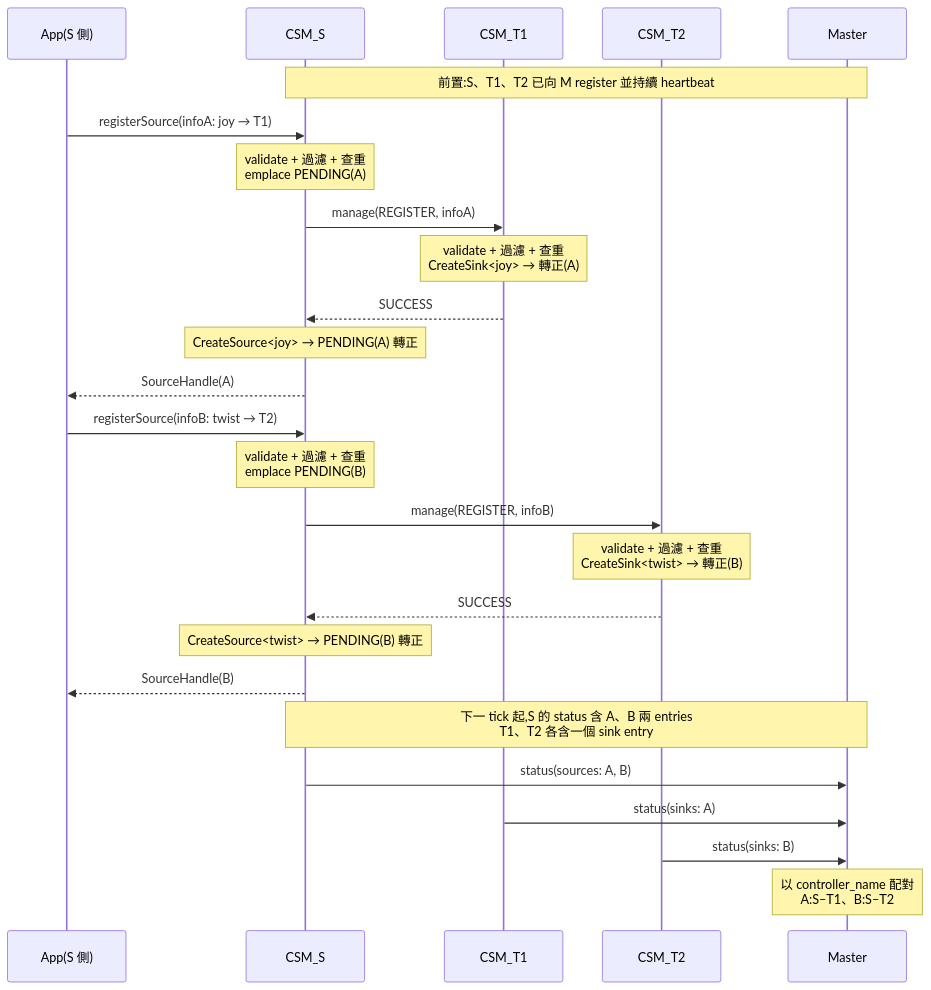
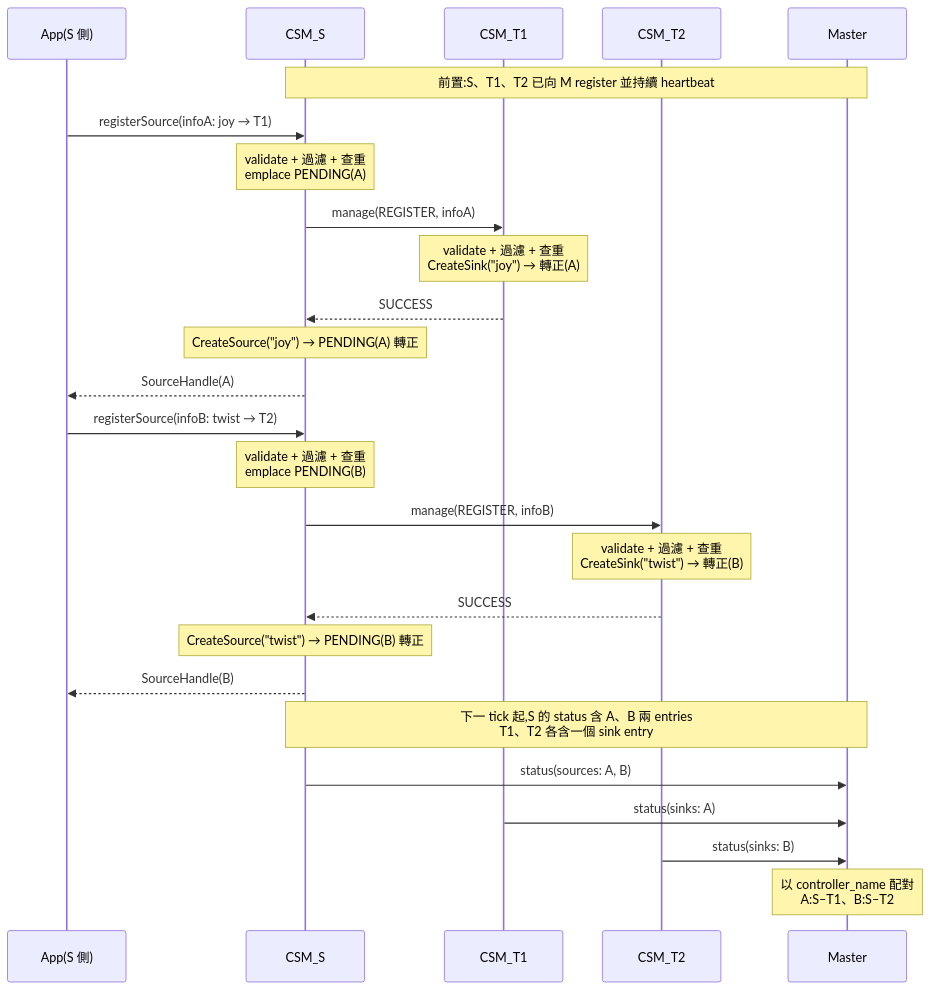
One commit to cocobird231/rv2_project changed diagram 13 of 42 in r1_design_draft.md. Above: the diagram before and after it, drawn with Mermaid. The commit also changed other lines of this file, not shown here.

````diff
--- a/r1_design_draft.md
+++ b/r1_design_draft.md
@@ -1572,31 +1640,31 @@
 ```mermaid
 sequenceDiagram
     participant App as App(S 側)
     participant S as CSM_S
     participant T1 as CSM_T1
     participant T2 as CSM_T2
     participant M as Master
 
     Note over S,M: 前置:S、T1、T2 已向 M register 並持續 heartbeat
     App->>S: registerSource(infoA: joy → T1)
     Note over S: validate + 過濾 + 查重<br/>emplace PENDING(A)
     S->>T1: manage(REGISTER, infoA)
-    Note over T1: validate + 過濾 + 查重<br/>CreateSink<joy> → 轉正(A)
+    Note over T1: validate + 過濾 + 查重<br/>CreateSink("joy") → 轉正(A)
     T1-->>S: SUCCESS
-    Note over S: CreateSource<joy> → PENDING(A) 轉正
+    Note over S: CreateSource("joy") → PENDING(A) 轉正
     S-->>App: SourceHandle(A)
 
     App->>S: registerSource(infoB: twist → T2)
     Note over S: validate + 過濾 + 查重<br/>emplace PENDING(B)
     S->>T2: manage(REGISTER, infoB)
-    Note over T2: validate + 過濾 + 查重<br/>CreateSink<twist> → 轉正(B)
+    Note over T2: validate + 過濾 + 查重<br/>CreateSink("twist") → 轉正(B)
     T2-->>S: SUCCESS
-    Note over S: CreateSource<twist> → PENDING(B) 轉正
+    Note over S: CreateSource("twist") → PENDING(B) 轉正
     S-->>App: SourceHandle(B)
 
     Note over S,M: 下一 tick 起,S 的 status 含 A、B 兩 entries<br/>T1、T2 各含一個 sink entry
     S->>M: status(sources: A, B)
     T1->>M: status(sinks: A)
     T2->>M: status(sinks: B)
     Note over M: 以 controller_name 配對<br/>A:S–T1、B:S–T2
 ```
````
